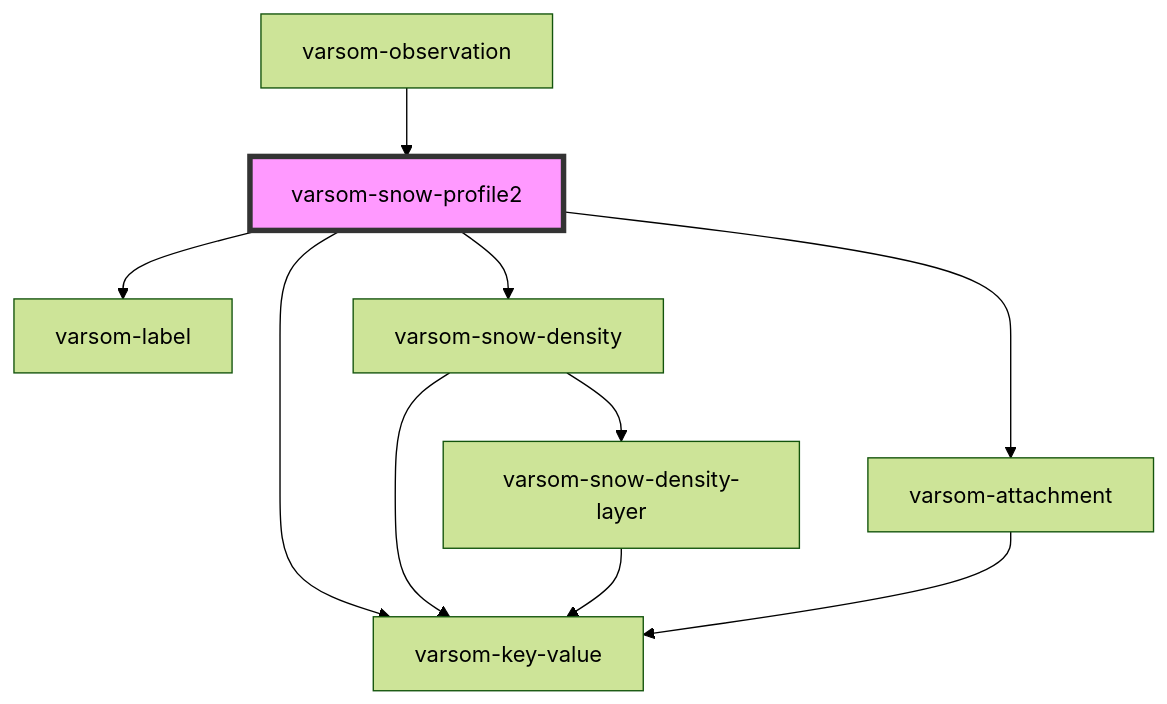
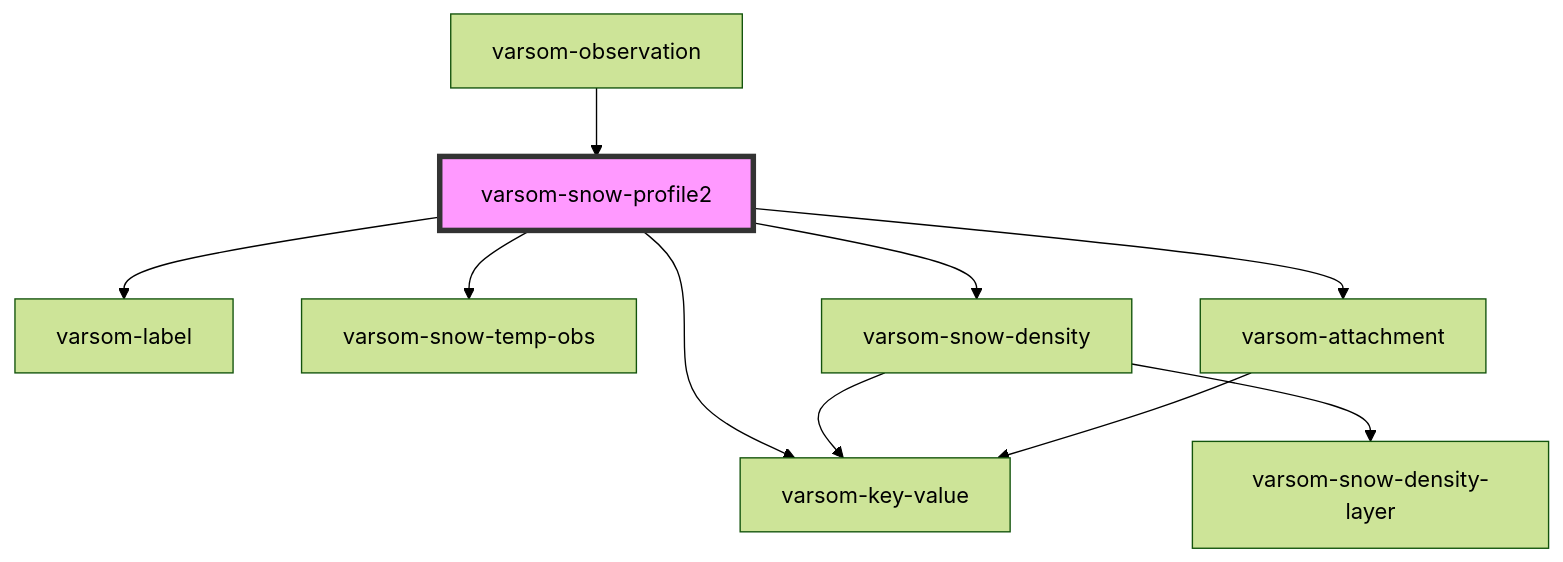
One commit to NVE/varsom-observation changed the diagram in src/components/varsom-snow-profile2/readme.md. Above: the diagram before and after it, drawn with Mermaid (forest theme). The commit also changed other lines of this file and 8 other files, not shown here.

````diff
--- a/src/components/varsom-snow-profile2/readme.md
+++ b/src/components/varsom-snow-profile2/readme.md
@@ -40,13 +42,13 @@
 ```mermaid
 graph TD;
   varsom-snow-profile2 --> varsom-label
   varsom-snow-profile2 --> varsom-key-value
+  varsom-snow-profile2 --> varsom-snow-temp-obs
   varsom-snow-profile2 --> varsom-snow-density
   varsom-snow-profile2 --> varsom-attachment
   varsom-snow-density --> varsom-key-value
   varsom-snow-density --> varsom-snow-density-layer
-  varsom-snow-density-layer --> varsom-key-value
   varsom-attachment --> varsom-key-value
   varsom-observation --> varsom-snow-profile2
   style varsom-snow-profile2 fill:#f9f,stroke:#333,stroke-width:4px
 ```
````
